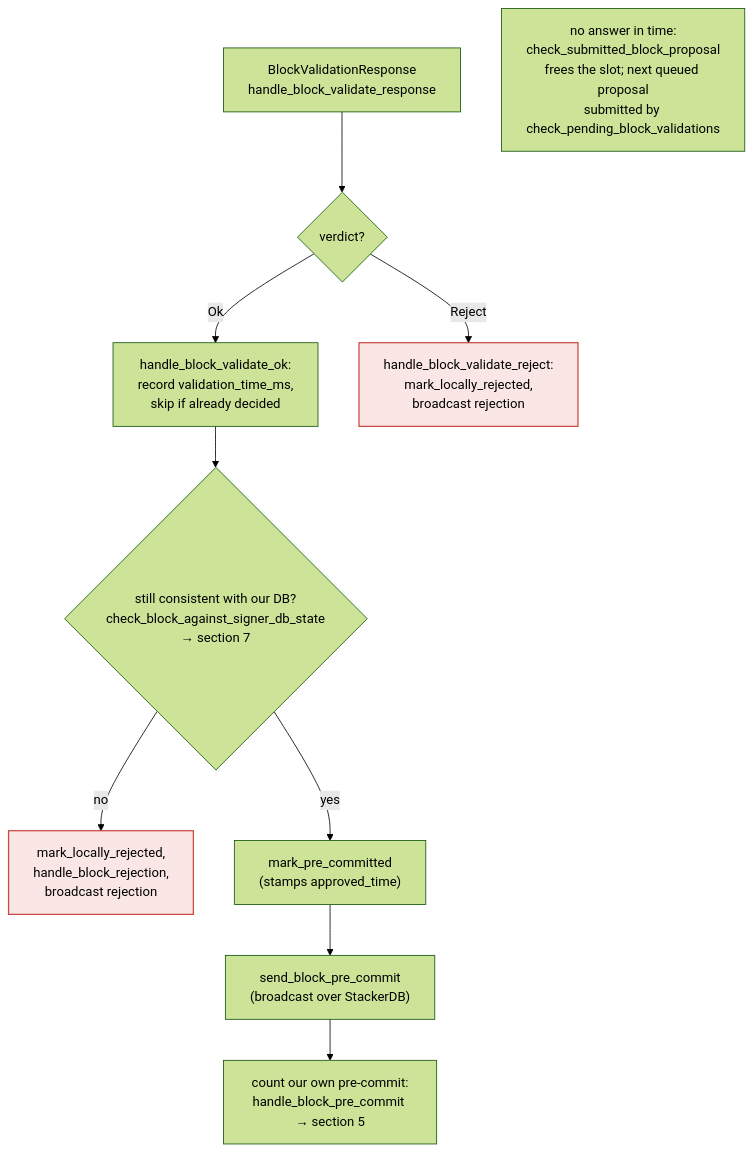
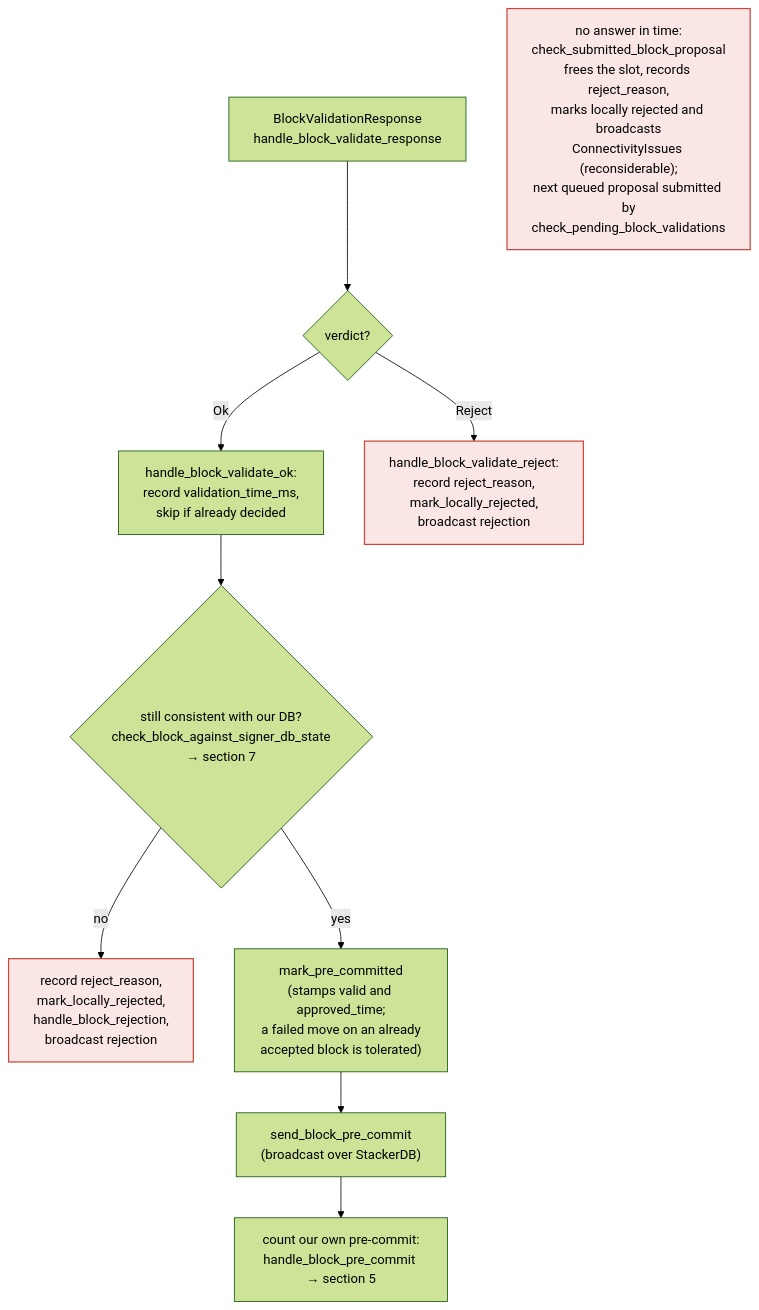
One commit to stacks-network/stacks-core changed the fifth of 9 diagrams in docs/signer-flows.md. Above: the diagram before and after it, drawn with Mermaid (forest theme). The commit also changed other lines of this file and 4 other files, not shown here.

````diff
--- a/docs/signer-flows.md
+++ b/docs/signer-flows.md
@@ -211,13 +246,13 @@
 ```mermaid
 flowchart TB
     IN["BlockValidationResponse<br/>handle_block_validate_response"] --> OK{"verdict?"}
     OK -- "Ok" --> HVO["handle_block_validate_ok:<br/>record validation_time_ms,<br/>skip if already decided"]
-    OK -- "Reject" --> HVR["handle_block_validate_reject:<br/>mark_locally_rejected,<br/>broadcast rejection"]:::bad
+    OK -- "Reject" --> HVR["handle_block_validate_reject:<br/>record reject_reason,<br/>mark_locally_rejected,<br/>broadcast rejection"]:::bad
     HVO --> RECHECK{"still consistent with our DB?<br/>check_block_against_signer_db_state<br/>→ section 7"}
-    RECHECK -- no --> REJ["mark_locally_rejected,<br/>handle_block_rejection,<br/>broadcast rejection"]:::bad
-    RECHECK -- yes --> PC["mark_pre_committed<br/>(stamps approved_time)"]
+    RECHECK -- no --> REJ["record reject_reason,<br/>mark_locally_rejected,<br/>handle_block_rejection,<br/>broadcast rejection"]:::bad
+    RECHECK -- yes --> PC["mark_pre_committed<br/>(stamps valid and approved_time;<br/>a failed move on an already<br/>accepted block is tolerated)"]
     PC --> SEND["send_block_pre_commit<br/>(broadcast over StackerDB)"]
     SEND --> SELF["count our own pre-commit:<br/>handle_block_pre_commit → section 5"]
-    TIMEOUT["no answer in time:<br/>check_submitted_block_proposal<br/>frees the slot; next queued proposal<br/>submitted by check_pending_block_validations"]
+    TIMEOUT["no answer in time:<br/>check_submitted_block_proposal<br/>frees the slot, records reject_reason,<br/>marks locally rejected and broadcasts<br/>ConnectivityIssues (reconsiderable);<br/>next queued proposal submitted by<br/>check_pending_block_validations"]:::bad
     classDef bad fill:#d84a3f22,stroke:#c9473d,stroke-width:1.5px;
 ```
````
